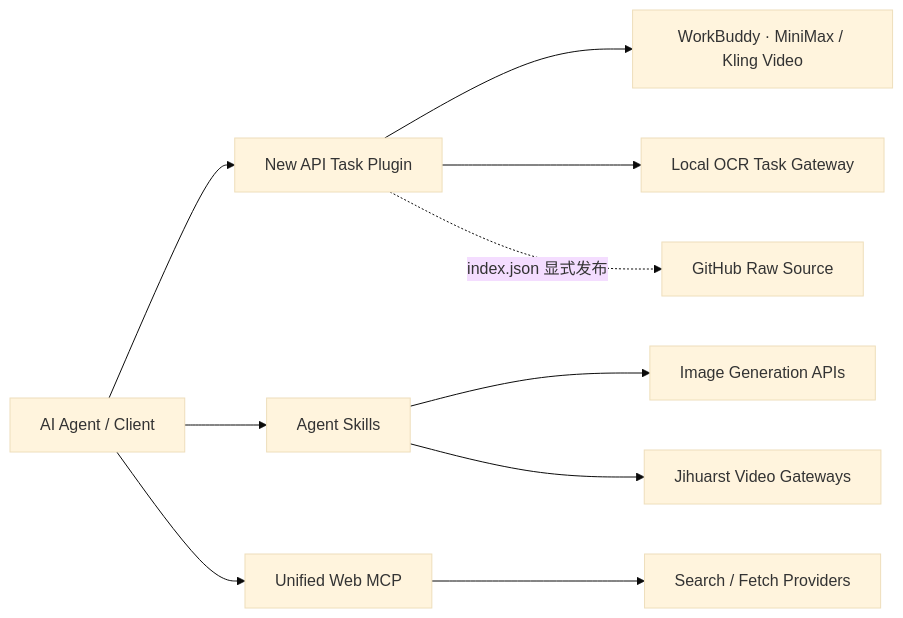
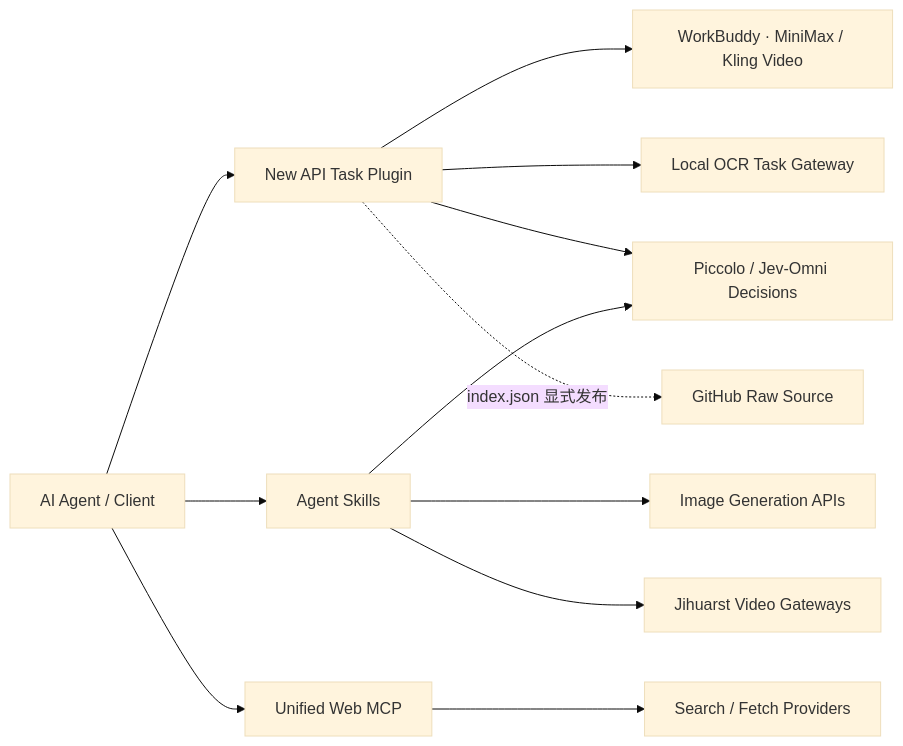
One commit to HeWenbin-bobo/new-api-plugins changed the diagram in README.md. Above: the diagram before and after it, drawn with Mermaid (base theme). The commit also changed other lines of this file and 37 other files, not shown here.

````diff
--- a/README.md
+++ b/README.md
@@ -49,14 +53,16 @@
 ```mermaid
 flowchart LR
     U[AI Agent / Client] --> P[New API Task Plugin]
     U --> S[Agent Skills]
     U --> M[Unified Web MCP]
 
     P --> W[WorkBuddy · MiniMax / Kling Video]
     P --> O[Local OCR Task Gateway]
+    P --> D[Piccolo / Jev-Omni Decisions]
     S --> I[Image Generation APIs]
     S --> V[Jihuarst Video Gateways]
+    S --> D
     M --> R[Search / Fetch Providers]
 
     P -. "index.json 显式发布" .-> G[GitHub Raw Source]
 ```
````
